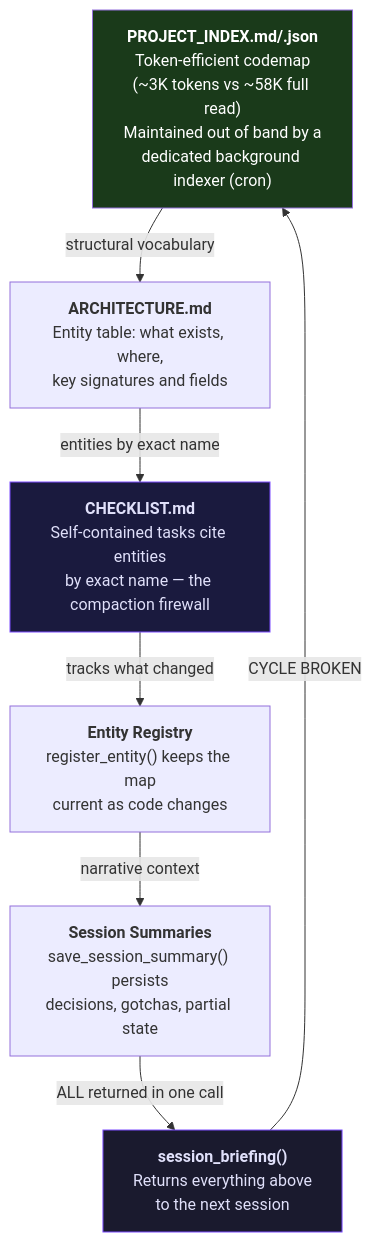
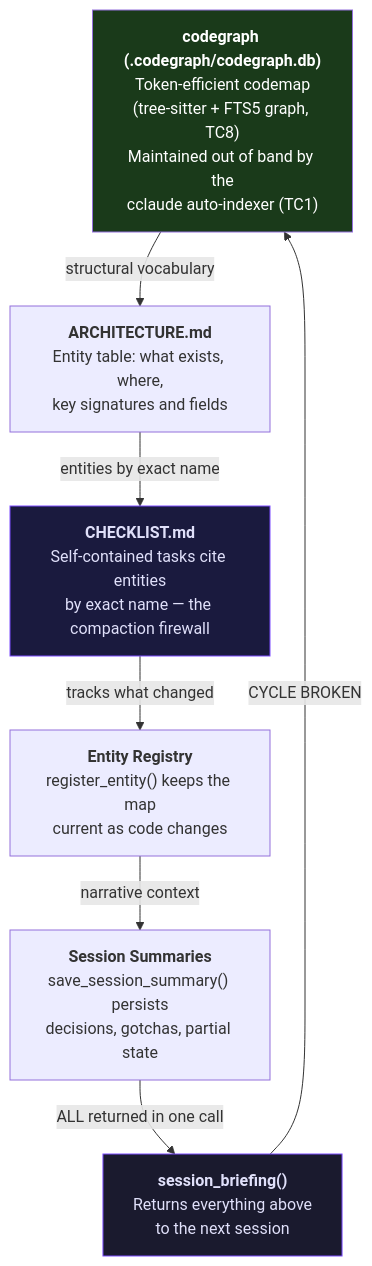
One commit to rebots-online/session-continuity-mcp changed the sixth of 8 diagrams in README.md. Above: the diagram before and after it, drawn with Mermaid. The commit also changed other lines of this file and 4 other files, not shown here.

First line of the commit message:
Codemap source: codegraph (TC8) replaces retired PROJECT_INDEX.*; add assess_turn convention-drift mode

````diff
--- a/README.md
+++ b/README.md
@@ -213,24 +212,24 @@
 ```mermaid
 flowchart TD
-    PI["<b>PROJECT_INDEX.md/.json</b><br>Token-efficient codemap<br>(~3K tokens vs ~58K full read)<br>Maintained out of band by a<br>dedicated background indexer (cron)"]
+    PI["<b>codegraph (.codegraph/codegraph.db)</b><br>Token-efficient codemap<br>(tree-sitter + FTS5 graph, TC8)<br>Maintained out of band by the<br>cclaude auto-indexer (TC1)"]
     -->|"structural vocabulary"| ARCH
 
     ARCH["<b>ARCHITECTURE.md</b><br>Entity table: what exists, where,<br>key signatures and fields"]
     -->|"entities by exact name"| CL
 
     CL["<b>CHECKLIST.md</b><br>Self-contained tasks cite entities<br>by exact name — the compaction firewall"]
     -->|"tracks what changed"| ER
 
     ER["<b>Entity Registry</b><br>register_entity() keeps the map<br>current as code changes"]
     -->|"narrative context"| SS
 
     SS["<b>Session Summaries</b><br>save_session_summary() persists<br>decisions, gotchas, partial state"]
     -->|"ALL returned in one call"| SB
 
     SB["<b>session_briefing()</b><br>Returns everything above<br>to the next session"]
     -->|"CYCLE BROKEN"| PI
 
     style PI fill:#1a3a1a,color:#fff
     style CL fill:#1a1a3e,color:#e0e0fa,stroke:#7c4dff
     style SB fill:#1a1a2e,color:#e0e0fa,stroke:#7c4dff
 ```
````
